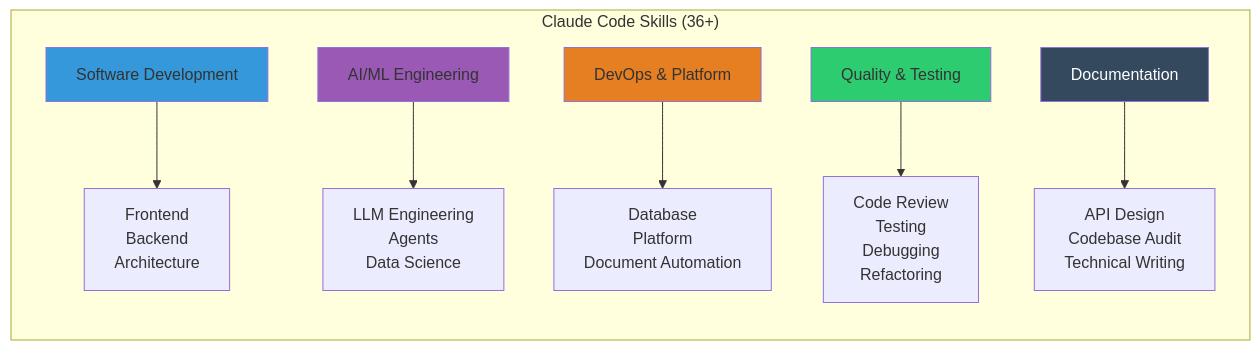
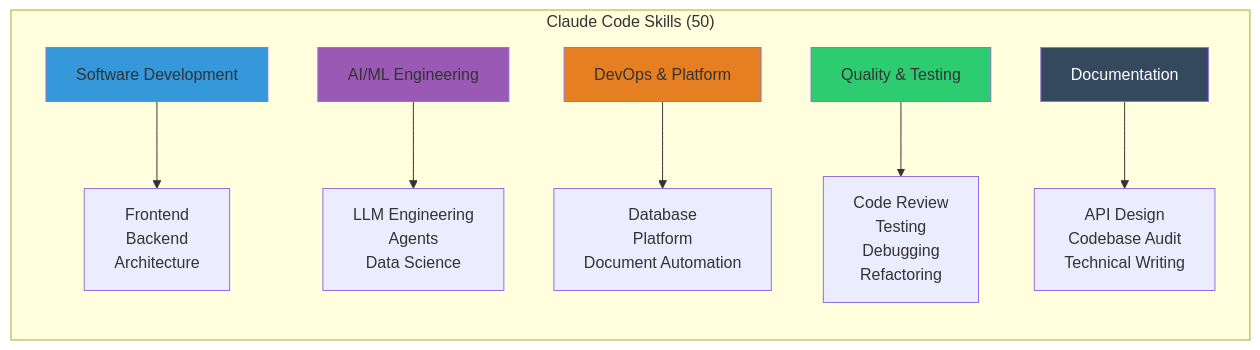
The third of 5 diagrams in README.md (vasilyu1983/AI-Agents-public), drawn with Mermaid before and after one commit. The commit also changed other lines of this file and 79 other files, not shown here.

````diff
--- a/README.md
+++ b/README.md
@@ -171,16 +171,16 @@
 ```mermaid
 graph LR
-    subgraph "Claude Code Skills (36+)"
+    subgraph "Claude Code Skills (50)"
         A[Software Development] --> A1[Frontend<br/>Backend<br/>Architecture]
         B[AI/ML Engineering] --> B1[LLM Engineering<br/>Agents<br/>Data Science]
         C[DevOps & Platform] --> C1[Database<br/>Platform<br/>Document Automation]
         D[Quality & Testing] --> D1[Code Review<br/>Testing<br/>Debugging<br/>Refactoring]
         E[Documentation] --> E1[API Design<br/>Codebase Audit<br/>Technical Writing]
     end
 
     style A fill:#3498DB
     style B fill:#9B59B6
     style C fill:#E67E22
     style D fill:#2ECC71
     style E fill:#34495E,color:#fff
 ```
````
